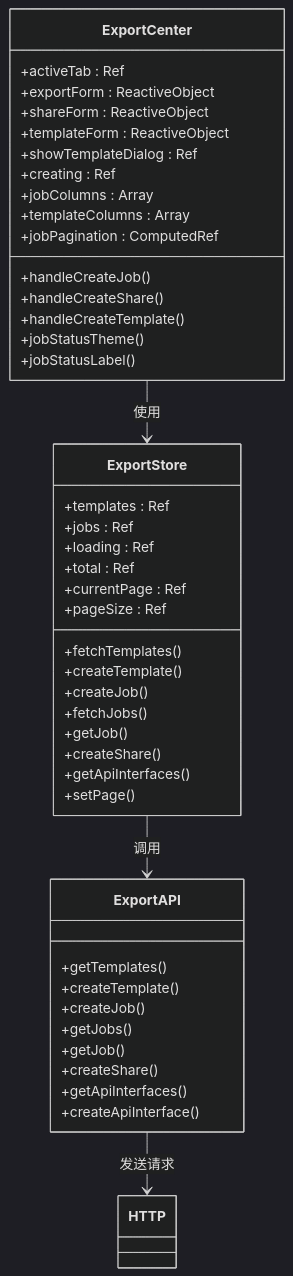
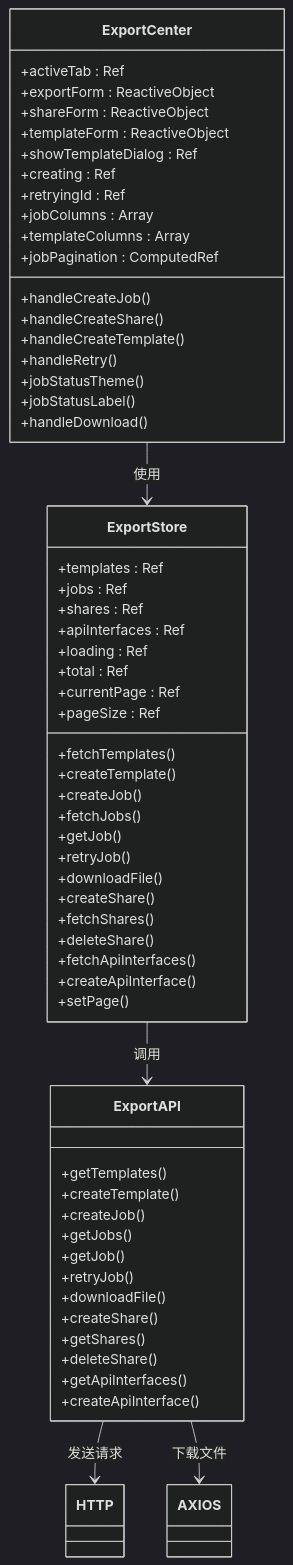
Before and after one commit to xpretycn/TingStudio: the ninth of 15 diagrams in .qoder/repowiki/zh/content/核心功能模块/导出管理系统.md, drawn with Mermaid (dark theme). The commit also changed other lines of this file and 56 other files, not shown here.

````diff
--- a/.qoder/repowiki/zh/content/核心功能模块/导出管理系统.md
+++ b/.qoder/repowiki/zh/content/核心功能模块/导出管理系统.md
@@ -347,48 +431,63 @@
 ```mermaid
 classDiagram
 class ExportCenter {
 +activeTab : Ref<string>
 +exportForm : ReactiveObject
 +shareForm : ReactiveObject
 +templateForm : ReactiveObject
 +showTemplateDialog : Ref<boolean>
 +creating : Ref<boolean>
++retryingId : Ref<string>
 +jobColumns : Array
 +templateColumns : Array
 +jobPagination : ComputedRef
 +handleCreateJob()
 +handleCreateShare()
 +handleCreateTemplate()
++handleRetry()
 +jobStatusTheme()
 +jobStatusLabel()
++handleDownload()
 }
 class ExportStore {
 +templates : Ref<ExportTemplate[]>
 +jobs : Ref<ExportJob[]>
++shares : Ref<ShareItem[]>
++apiInterfaces : Ref<ApiInterface[]>
 +loading : Ref<boolean>
 +total : Ref<number>
 +currentPage : Ref<number>
 +pageSize : Ref<number>
 +fetchTemplates()
 +createTemplate()
 +createJob()
 +fetchJobs()
 +getJob()
++retryJob()
++downloadFile()
 +createShare()
-+getApiInterfaces()
++fetchShares()
++deleteShare()
++fetchApiInterfaces()
++createApiInterface()
 +setPage()
 }
 class ExportAPI {
 +getTemplates()
 +createTemplate()
 +createJob()
 +getJobs()
 +getJob()
++retryJob()
++downloadFile()
 +createShare()
++getShares()
++deleteShare()
 +getApiInterfaces()
 +createApiInterface()
 }
 ExportCenter --> ExportStore : 使用
 ExportStore --> ExportAPI : 调用
 ExportAPI --> HTTP : 发送请求
+ExportAPI --> AXIOS : 下载文件
 ```
````
